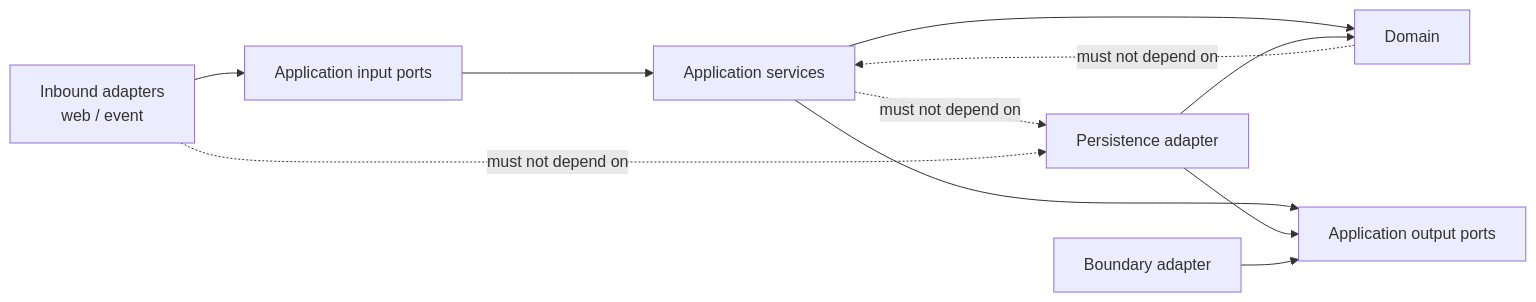
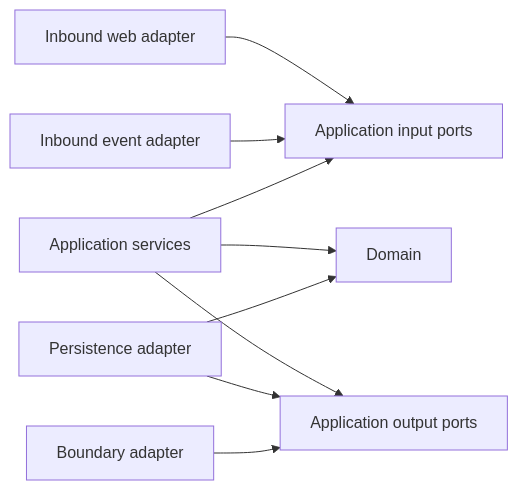
The diagram in docs/architecture/MER-ARCH-003-dependency-rules.md (dongduy-dev/meridian-finance), drawn with Mermaid before and after one commit. The commit also changed other lines of this file and 7 other files, not shown here.

````diff
--- a/docs/architecture/MER-ARCH-003-dependency-rules.md
+++ b/docs/architecture/MER-ARCH-003-dependency-rules.md
@@ -24,14 +28,11 @@
 ```mermaid
 graph LR
-    WEB["Inbound adapters<br/>web / event"] --> IN["Application input ports"]
-    IN --> APP["Application services"]
+    WEB["Inbound web adapter"] --> IN["Application input ports"]
+    EVENT["Inbound event adapter"] --> IN
+    APP["Application services"] --> IN
     APP --> DOMAIN["Domain"]
     APP --> OUT["Application output ports"]
     PERSIST["Persistence adapter"] --> OUT
     PERSIST --> DOMAIN
     BOUNDARY["Boundary adapter"] --> OUT
-
-    DOMAIN -.->|"must not depend on"| APP
-    APP -.->|"must not depend on"| PERSIST
-    WEB -.->|"must not depend on"| PERSIST
 ```
````
